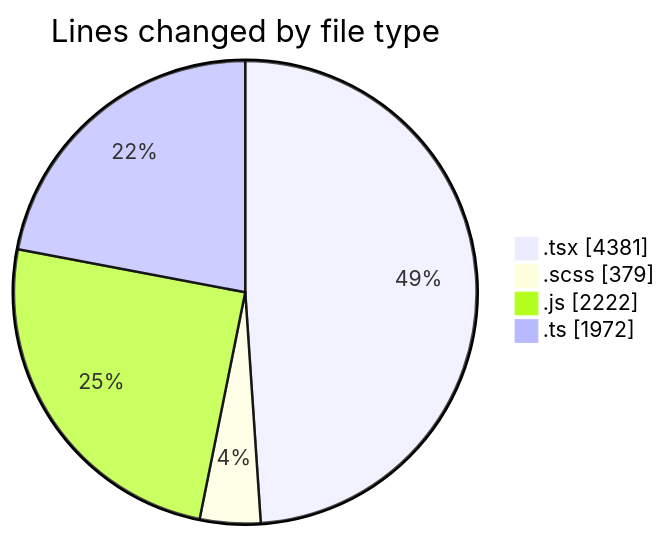
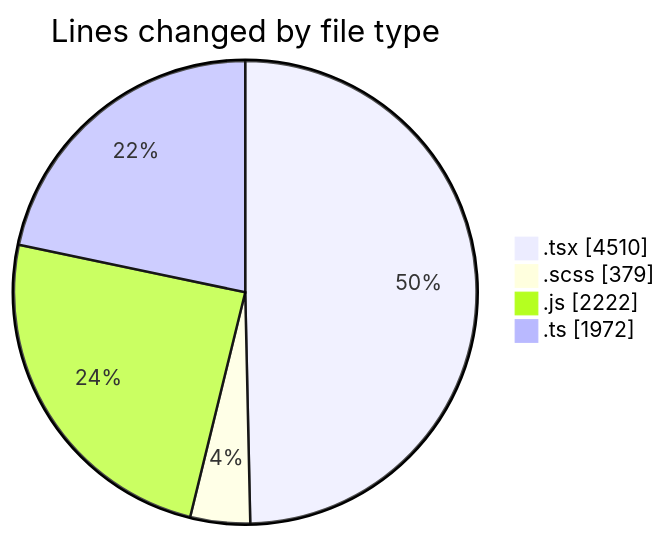
Before and after one commit to momahboobian/code-tracking: the first of 2 diagrams in 2026-06-17/cda/README.md, drawn with Mermaid. The commit also changed other lines of this file and 1 other file, not shown here.

````diff
--- a/2026-06-17/cda/README.md
+++ b/2026-06-17/cda/README.md
@@ -56,8 +56,8 @@
 ```mermaid
 pie showData
 title Lines changed by file type
-".tsx" : 4381
+".tsx" : 4510
 ".scss" : 379
 ".js" : 2222
 ".ts" : 1972
 ```
````
